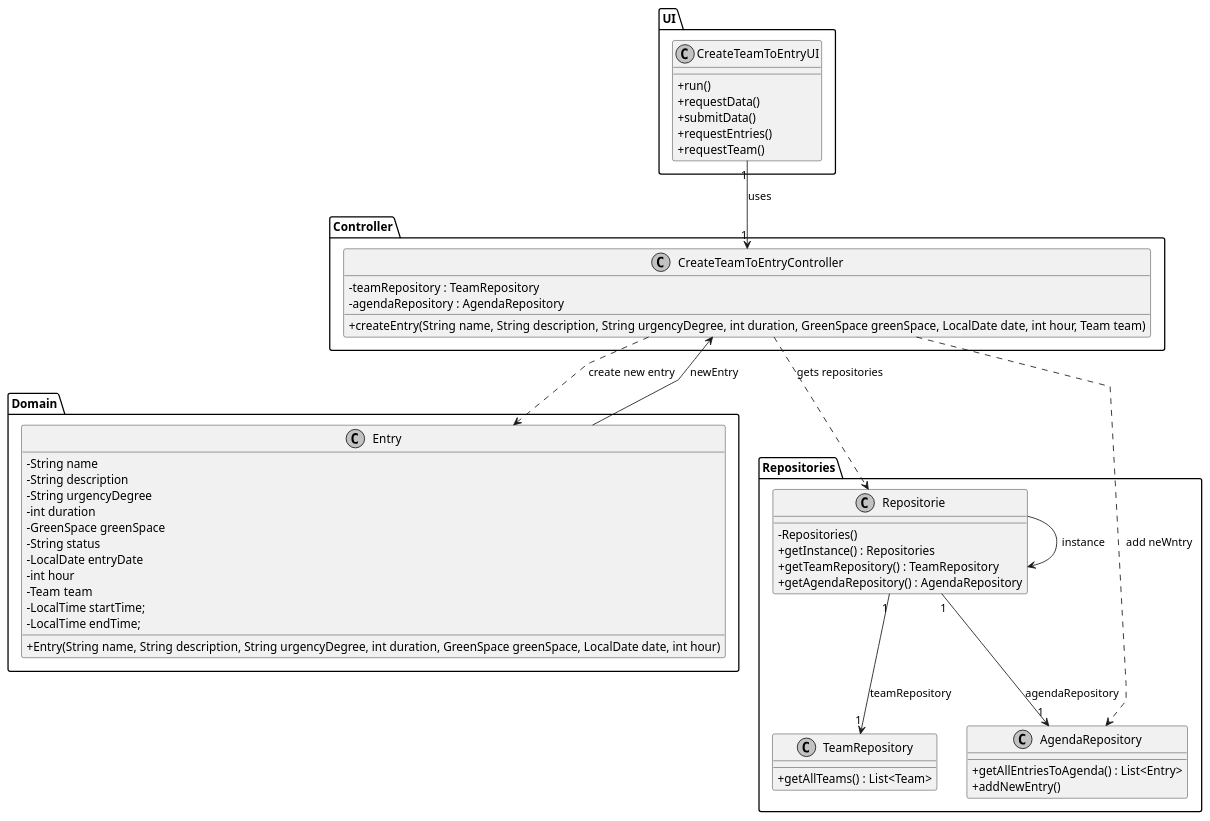
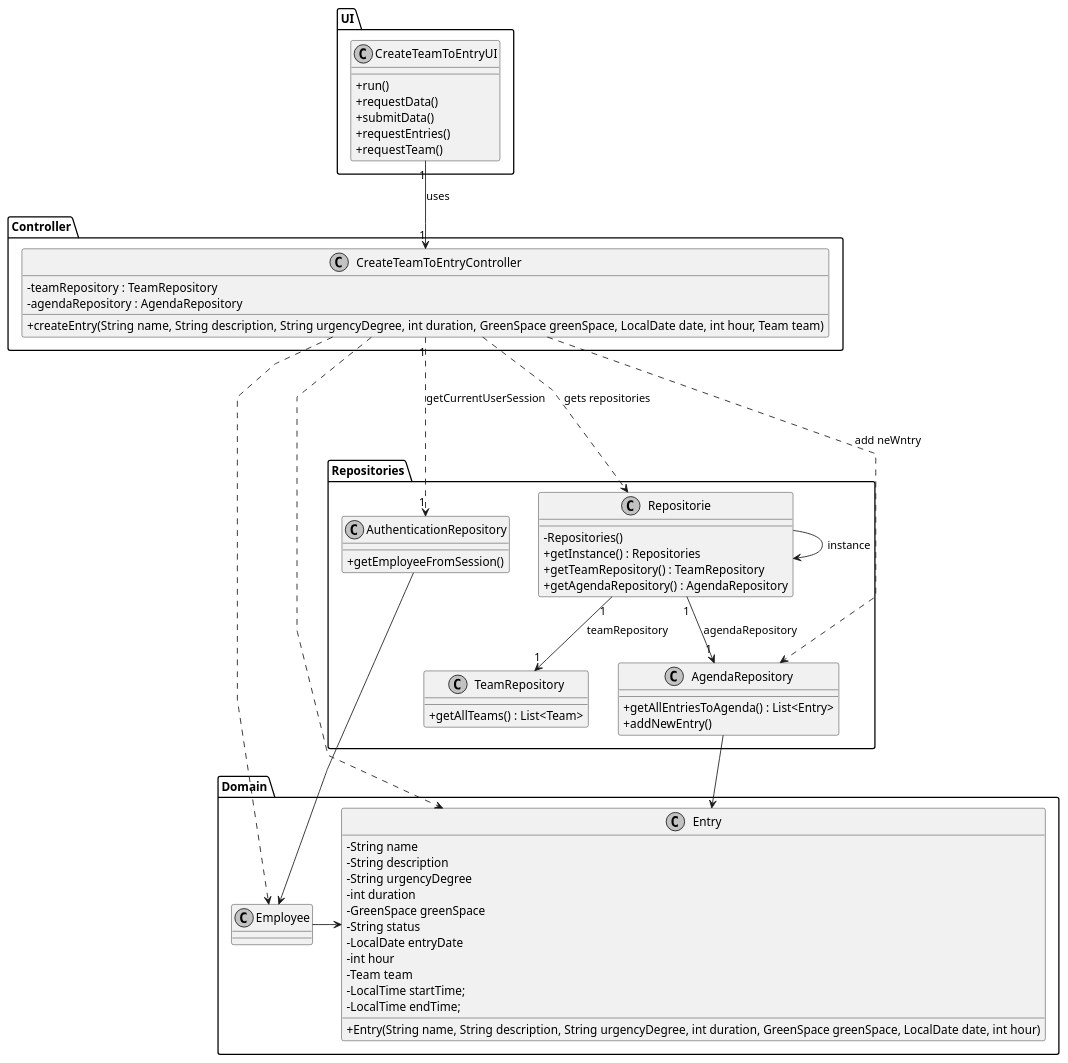
Before and after one commit to Paulo-Pereira-at-ISEP/lei-24-s2-1nanb-g321: the diagram in docs/sprintC/us23/03.design/puml/us23-class-diagram.puml, drawn with PlantUML. The commit also changed 2 other files, not shown here.

```diff
--- a/docs/sprintC/us23/03.design/puml/us23-class-diagram.puml
+++ b/docs/sprintC/us23/03.design/puml/us23-class-diagram.puml
@@ -1,74 +1,88 @@
 @startuml
 skinparam monochrome true
 skinparam packageStyle rectangle
 skinparam shadowing false
 skinparam linetype polyline
 skinparam classAttributeIconSize 0
 
 Package Controller <<Folder>>{
 class CreateTeamToEntryController {
     - teamRepository : TeamRepository
     - agendaRepository : AgendaRepository
     + createEntry(String name, String description, String urgencyDegree, int duration, GreenSpace greenSpace, LocalDate date, int hour, Team team)
 }
 }
 Package UI <<Folder>>{
 class CreateTeamToEntryUI {
     + run()
     + requestData()
     + submitData()
     + requestEntries()
     + requestTeam()
     }
 }
 
 
 Package Domain <<Folder>>{
 class Entry {
     - String name
     - String description
     - String urgencyDegree
     - int duration
     - GreenSpace greenSpace
     - String status
     - LocalDate entryDate
     - int hour
     - Team team
     - LocalTime startTime;
     - LocalTime endTime;
     + Entry(String name, String description, String urgencyDegree, int duration, GreenSpace greenSpace, LocalDate date, int hour)
 
 }
 }
 Package Repositories <<Folder>>{
 class Repositorie {
     - Repositories()
     + getInstance() : Repositories
     + getTeamRepository() : TeamRepository
     + getAgendaRepository() : AgendaRepository
 }
 }
 Package Repositories <<Folder>>{
 class TeamRepository {
     + getAllTeams() : List<Team>
 }
 }
-
+Package Repositories <<Folder>>{
+class AuthenticationRepository{
+    + getEmployeeFromSession()
+}
+}
+Package Domain <<Folder>>{
+class Employee {
+}
+}
 Package Repositories <<Folder>>{
 class AgendaRepository {
     + getAllEntriesToAgenda() : List<Entry>
     + addNewEntry()
 }
 }
 
+CreateTeamToEntryController "1"..-> "1" AuthenticationRepository : getCurrentUserSession
+CreateTeamToEntryController ..> Employee
+AgendaRepository --> Entry
+AuthenticationRepository --> Employee
+
+Employee -> Entry
 CreateTeamToEntryUI "1" --> "1" CreateTeamToEntryController : uses
 CreateTeamToEntryController ..> Repositorie : gets repositories
 Repositorie --> Repositorie : instance
 Repositorie "1" --> "1" TeamRepository : teamRepository
 Repositorie "1" --> "1" AgendaRepository : agendaRepository
 
-CreateTeamToEntryController ..> Entry : create new entry
-Entry --> CreateTeamToEntryController : newEntry
+CreateTeamToEntryController ..> Entry
+
 CreateTeamToEntryController ..> AgendaRepository : add neWntry
 
 @enduml
```
